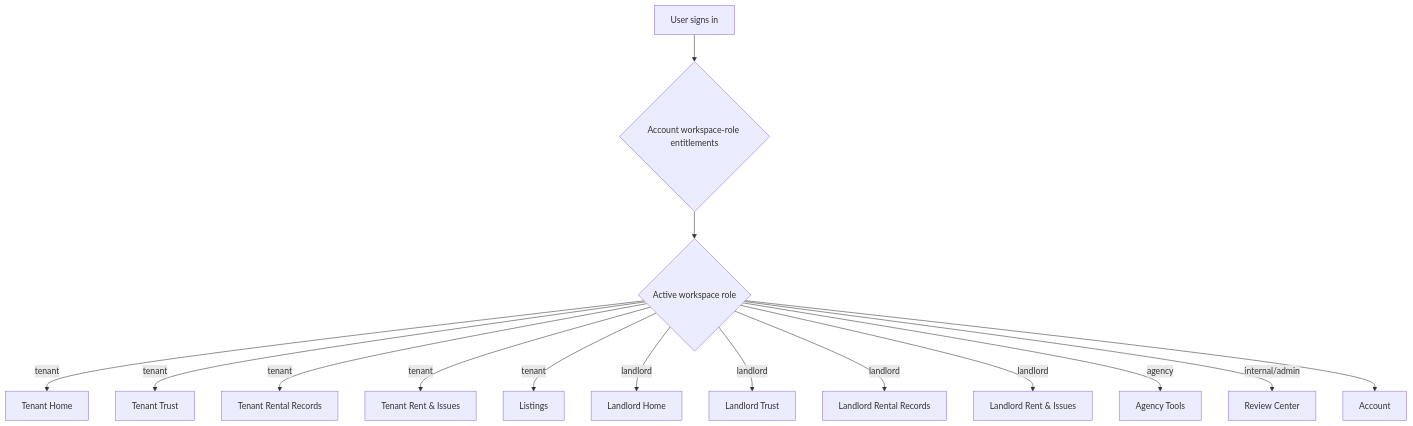
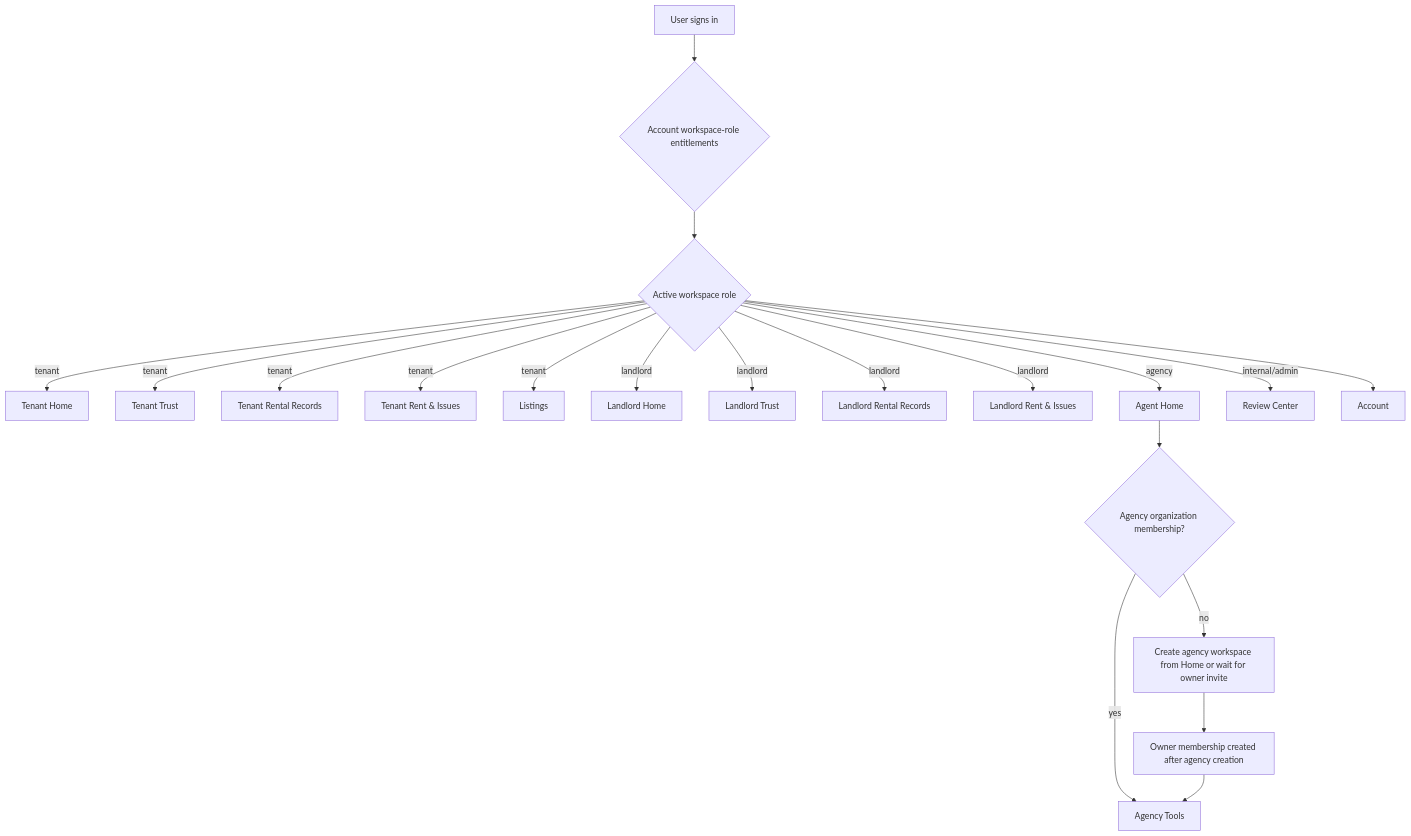
The first of 11 diagrams in docs/WORKFLOW_DIAGRAMS.md (vtmarkop/real_estate_trust_ledger), drawn with Mermaid before and after one commit. The commit also changed other lines of this file and 77 other files, not shown here.

````diff
--- a/docs/WORKFLOW_DIAGRAMS.md
+++ b/docs/WORKFLOW_DIAGRAMS.md
@@ -24,17 +24,22 @@
 ```mermaid
 flowchart TD
     A["User signs in"] --> B{"Account workspace-role entitlements"}
     B --> K{"Active workspace role"}
     K -->|"tenant"| C["Tenant Home"]
     K -->|"tenant"| D["Tenant Trust"]
     K -->|"tenant"| E["Tenant Rental Records"]
     K -->|"tenant"| F["Tenant Rent & Issues"]
     K -->|"tenant"| G["Listings"]
     K -->|"landlord"| L["Landlord Home"]
     K -->|"landlord"| M["Landlord Trust"]
     K -->|"landlord"| N["Landlord Rental Records"]
     K -->|"landlord"| O["Landlord Rent & Issues"]
-    K -->|"agency"| I["Agency Tools"]
+    K -->|"agency"| I["Agent Home"]
+    I --> Q{"Agency organization membership?"}
+    Q -->|"yes"| R["Agency Tools"]
+    Q -->|"no"| S["Create agency workspace from Home or wait for owner invite"]
+    S --> T["Owner membership created after agency creation"]
+    T --> R
     K -->|"internal/admin"| J["Review Center"]
     K --> H["Account"]
 ```
````
